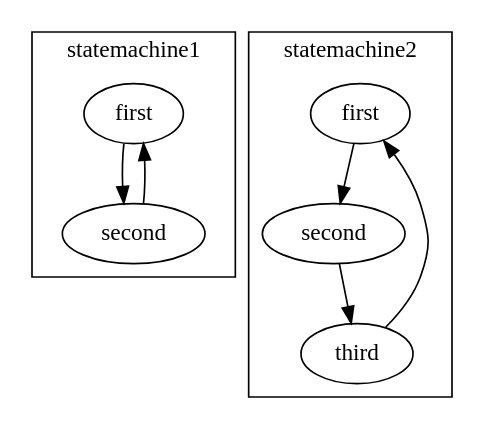
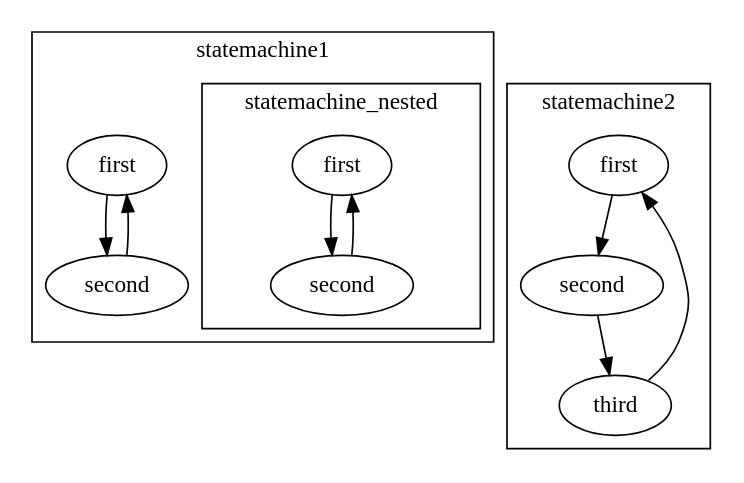
One commit to dasmuli/cstatecharts changed the diagram in test.dot. Above: the diagram before and after it, drawn with Graphviz. The commit also changed 2 other files, not shown here.

Commit message:
Added nested execution and documentation.

```diff
--- a/test.dot
+++ b/test.dot
@@ -1,13 +1,32 @@
 digraph D {
 subgraph cluster_statemachine1 {
   label = "statemachine1";
-"statemachine1_first" [label = "first"];"statemachine1_second" [label = "second"];statemachine1_first -> statemachine1_second
-"statemachine1_second" [label = "second"];"statemachine1_first" [label = "first"];statemachine1_second -> statemachine1_first
+"statemachine1_first" [label = "first"];
+"statemachine1_second" [label = "second"];
+statemachine1_first -> statemachine1_second
+"statemachine1_second" [label = "second"];
+"statemachine1_first" [label = "first"];
+statemachine1_second -> statemachine1_first
+subgraph cluster_statemachine_nested {
+  label = "statemachine_nested";
+"statemachine_nested_first" [label = "first"];
+"statemachine_nested_second" [label = "second"];
+statemachine_nested_first -> statemachine_nested_second
+"statemachine_nested_second" [label = "second"];
+"statemachine_nested_first" [label = "first"];
+statemachine_nested_second -> statemachine_nested_first
+}
 }
 subgraph cluster_statemachine2 {
   label = "statemachine2";
-"statemachine2_first" [label = "first"];"statemachine2_second" [label = "second"];statemachine2_first -> statemachine2_second
-"statemachine2_second" [label = "second"];"statemachine2_third" [label = "third"];statemachine2_second -> statemachine2_third
-"statemachine2_third" [label = "third"];"statemachine2_first" [label = "first"];statemachine2_third -> statemachine2_first
+"statemachine2_first" [label = "first"];
+"statemachine2_second" [label = "second"];
+statemachine2_first -> statemachine2_second
+"statemachine2_second" [label = "second"];
+"statemachine2_third" [label = "third"];
+statemachine2_second -> statemachine2_third
+"statemachine2_third" [label = "third"];
+"statemachine2_first" [label = "first"];
+statemachine2_third -> statemachine2_first
 }
 }
```
